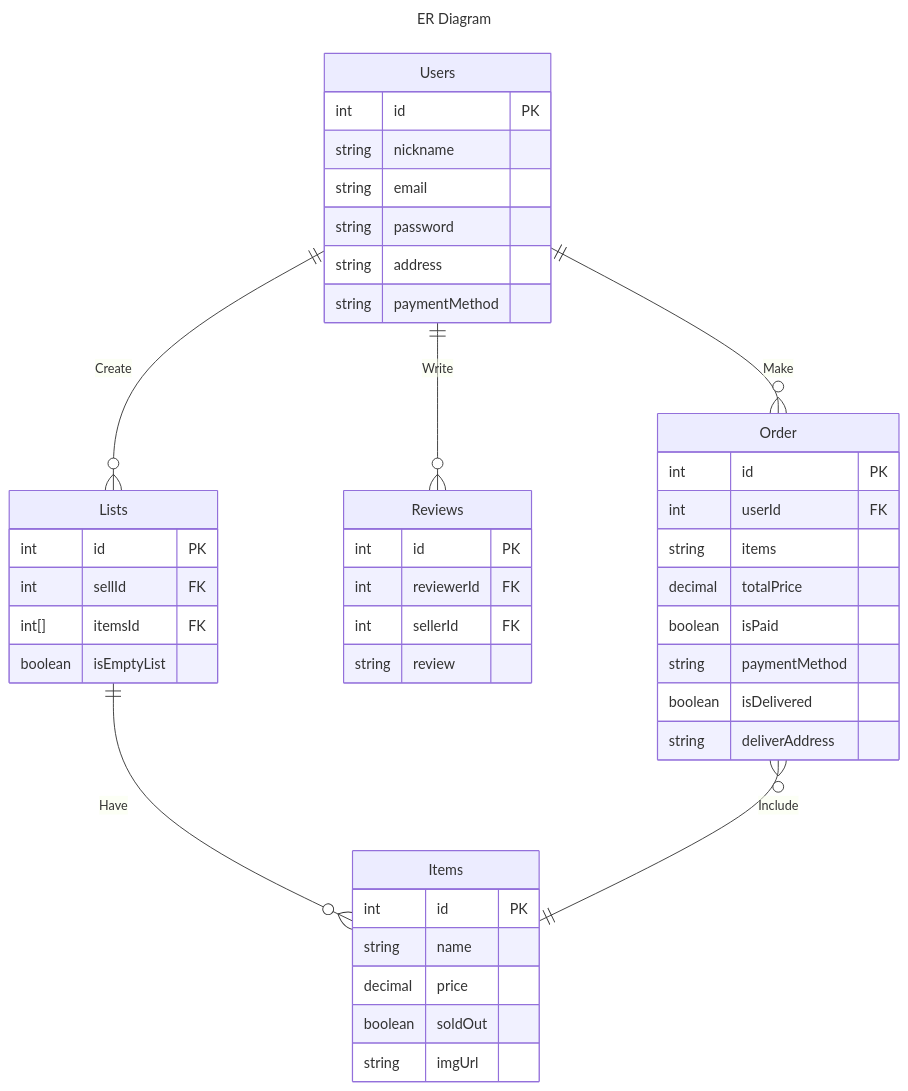
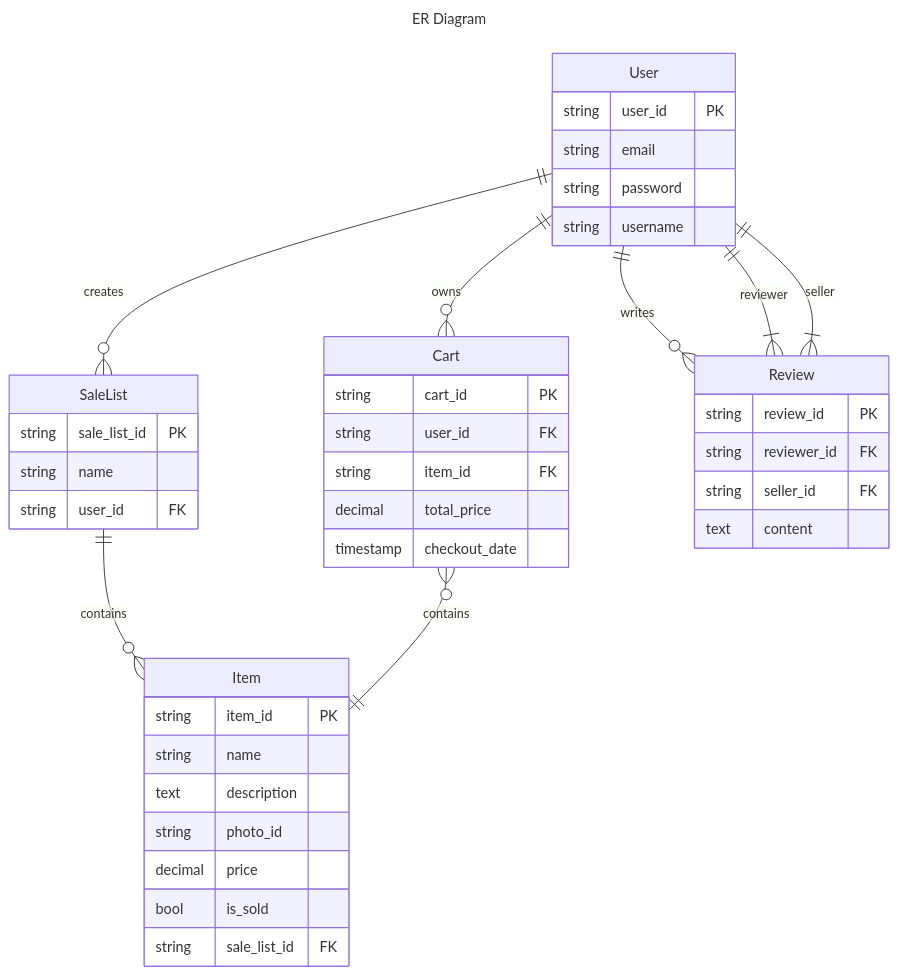
Before and after one commit to feix0033/easv.pbsw.dbd.compulsory_assignment_2: the diagram in README.md, drawn with Mermaid. The commit also changed other lines of this file and 1 other file, not shown here.

````diff
--- a/README.md
+++ b/README.md
@@ -61,53 +7,52 @@
 ```mermaid
 ---
 title: ER Diagram
 ---
 erDiagram
-    Users {
-        int id PK
-        string nickname
+
+    User ||--o{ SaleList : "creates"
+    User ||--o{ Cart : "owns"
+    User ||--o{ Review : "writes"
+    SaleList ||--o{ Item : "contains"
+    Cart }o--|| Item : "contains"
+    Review }|--|| User : "reviewer"
+    Review }|--|| User : "seller"
+
+    User {
+        string user_id PK
         string email
         string password
-        string address
-        string paymentMethod
+        string username
     }
 
-    Lists {
-        int id PK
-        int sellId FK
-        int[] itemsId FK
-        boolean isEmptyList
+    SaleList {
+        string sale_list_id PK
+        string name
+        string user_id FK
     }
 
-    Items {
-        int id PK
+    Item {
+        string item_id PK
         string name
+        text description
+        string photo_id
         decimal price
-        boolean soldOut
-        string imgUrl
+        bool is_sold
+        string sale_list_id FK
     }
 
-    Reviews {
-        int id PK
-        int reviewerId FK
-        int sellerId FK
-        string review
+    Cart {
+        string cart_id PK
+        string user_id FK
+        string item_id FK
+        decimal total_price
+        timestamp checkout_date
     }
 
-    Order {
-        int id PK
-        int userId FK
-        string items
-        decimal totalPrice
-        boolean isPaid
-        string paymentMethod
-        boolean isDelivered
-        string deliverAddress
+    Review {
+        string review_id PK
+        string reviewer_id FK
+        string seller_id FK
+        text content
     }
-
-    Users ||--o{ Lists : "Create"
-    Users ||--o{ Order : "Make"
-    Users ||--o{ Reviews : "Write"
-    Lists ||--o{ Items : "Have"
-    Order }o--|| Items : "Include"
 ```
````
